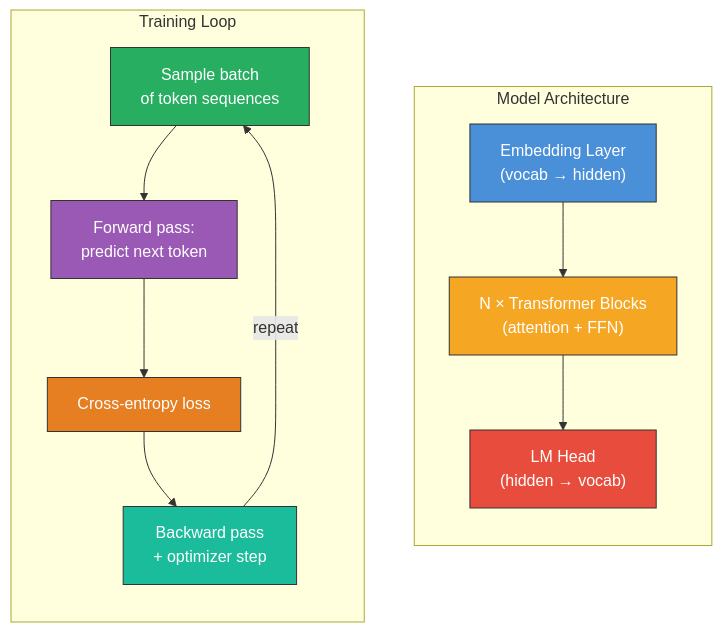
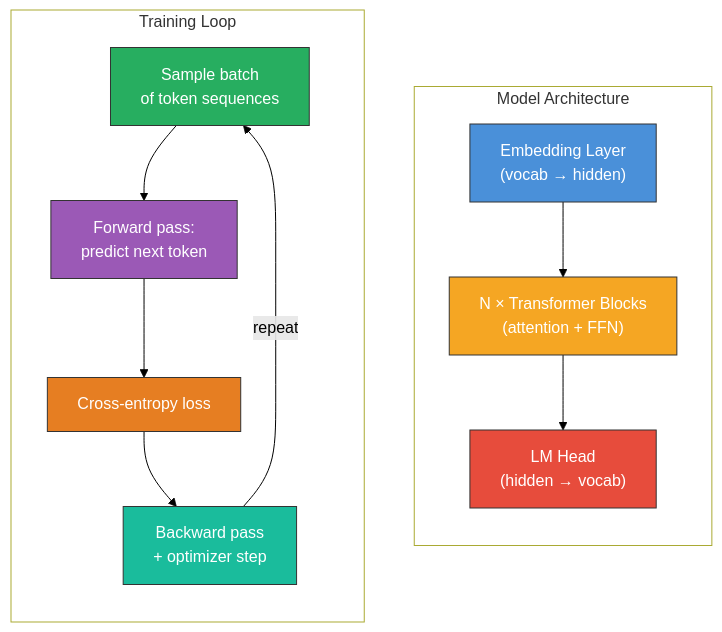
The sixth of 9 diagrams in posts/llm/Pre-training-LLMs-from-Scratch.qmd (tanquangduong/tanquangduong.github.io), drawn with Mermaid before and after one commit. The commit also changed other lines of this file and 204 other files, not shown here.

````diff
--- a/posts/llm/Pre-training-LLMs-from-Scratch.qmd
+++ b/posts/llm/Pre-training-LLMs-from-Scratch.qmd
@@ -528,28 +534,31 @@
 ```{mermaid}
 graph TD
+    linkStyle default stroke:#000,color:#000
     subgraph Architecture["Model Architecture"]
         direction TB
         A1["Embedding Layer<br/>(vocab → hidden)"]
         A2["N × Transformer Blocks<br/>(attention + FFN)"]
         A3["LM Head<br/>(hidden → vocab)"]
         A1 --> A2 --> A3
     end
 
     subgraph Training["Training Loop"]
         direction TB
         B1["Sample batch<br/>of token sequences"]
         B2["Forward pass:<br/>predict next token"]
         B3["Cross-entropy loss"]
         B4["Backward pass<br/>+ optimizer step"]
         B1 --> B2 --> B3 --> B4
         B4 -->|"repeat"| B1
     end
 
     style A1 fill:#4a90d9,color:#fff,stroke:#333
     style A2 fill:#f5a623,color:#fff,stroke:#333
     style A3 fill:#e74c3c,color:#fff,stroke:#333
     style B1 fill:#27ae60,color:#fff,stroke:#333
     style B2 fill:#9b59b6,color:#fff,stroke:#333
     style B3 fill:#e67e22,color:#fff,stroke:#333
     style B4 fill:#1abc9c,color:#fff,stroke:#333
+    style Architecture fill:#fff
+    style Training fill:#fff
 ```
````
